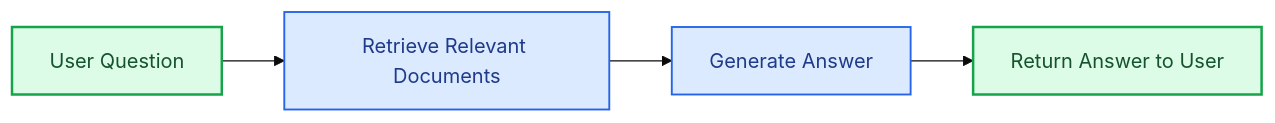
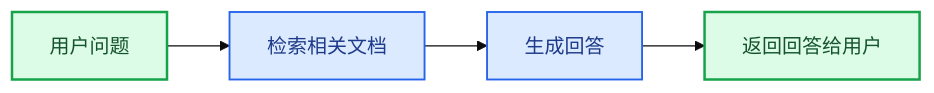
One commit to kunfan96/cndocs-langchain changed the second of 4 diagrams in oss/python/langchain/retrieval.mdx. Above: the diagram before and after it, drawn with Mermaid (base theme). The commit also changed other lines of this file and 1450 other files, not shown here.

````diff
--- a/oss/python/langchain/retrieval.mdx
+++ b/oss/python/langchain/retrieval.mdx
@@ -134,13 +134,13 @@
 ```mermaid
 graph LR
-    A[User Question] --> B["Retrieve Relevant Documents"]
-    B --> C["Generate Answer"]
-    C --> D[Return Answer to User]
+    A[用户问题] --> B["检索相关文档"]
+    B --> C["生成回答"]
+    C --> D[返回回答给用户]
 
     %% Styling
     classDef startend fill:#DCFCE7,stroke:#16A34A,stroke-width:2px,color:#14532D
     classDef process fill:#DBEAFE,stroke:#2563EB,stroke-width:1.5px,color:#1E3A8A
 
     class A,D startend
     class B,C process
 ```
````
